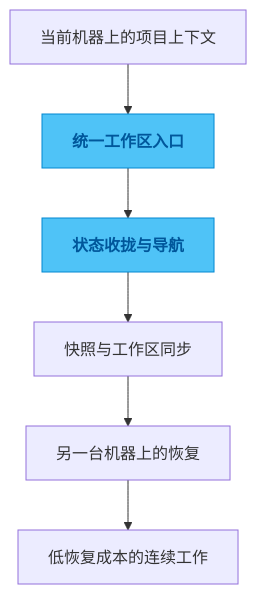
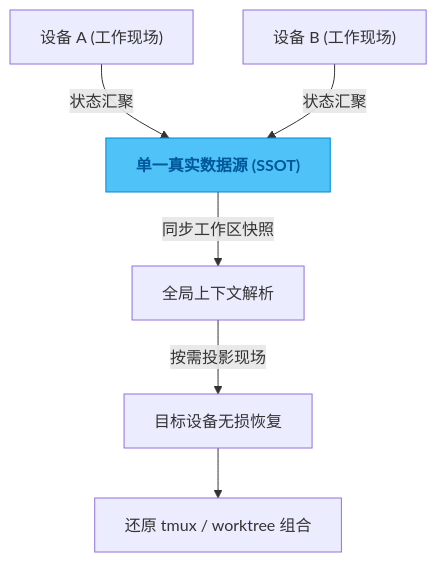
One commit to APE-147/portfolio-collection changed the diagram in projects/tmux-sync.md. Above: the diagram before and after it, drawn with Mermaid. The commit also changed other lines of this file and 3 other files, not shown here.

````diff
--- a/projects/tmux-sync.md
+++ b/projects/tmux-sync.md
@@ -33,13 +33,12 @@
 ```mermaid
 flowchart TD
-    A["当前机器上的项目上下文"] --> B["统一工作区入口"]
-    B --> C["状态收拢与导航"]
-    C --> D["快照与工作区同步"]
-    D --> E["另一台机器上的恢复"]
-    E --> F["低恢复成本的连续工作"]
+    A["设备 A (工作现场)"] -->|状态汇聚| B["单一真实数据源 (SSOT)"]
+    C["设备 B (工作现场)"] -->|状态汇聚| B
+    B -->|同步工作区快照| D["全局上下文解析"]
+    D -->|按需投影现场| E["目标设备无损恢复"]
+    E --> F["还原 tmux / worktree 组合"]
 
     class B coreStyle
-    class C coreStyle
 
     classDef coreStyle fill:#4fc3f7,stroke:#0288d1,color:#01579b,font-weight:bold;
 ```
````
